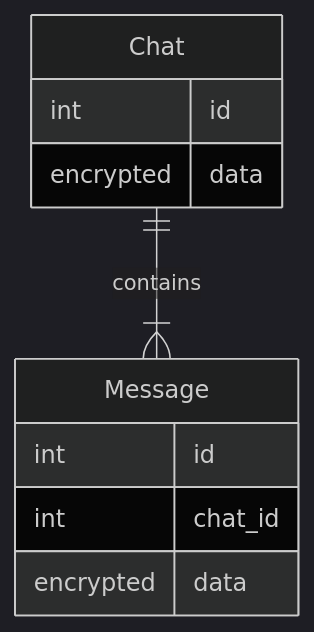
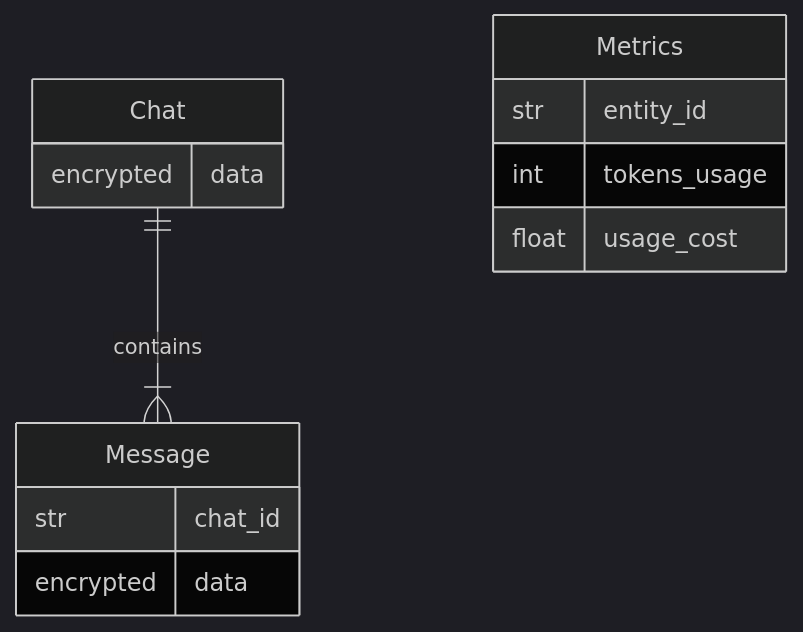
Before and after one commit to mohdfareed/chatgpt-bot: the diagram in README.md, drawn with Mermaid (dark theme). The commit also changed other lines of this file and 3 other files, not shown here.

````diff
--- a/README.md
+++ b/README.md
@@ -123,14 +85,17 @@
 ```mermaid
 erDiagram
     Chat ||--|{ Message : contains
 
     Chat {
-        int id
         encrypted data
     }
     Message {
-        int id
-        int chat_id
+        str chat_id
         encrypted data
     }
+    Metrics {
+        str entity_id
+        int tokens_usage
+        float usage_cost
+    }
 ```
````
